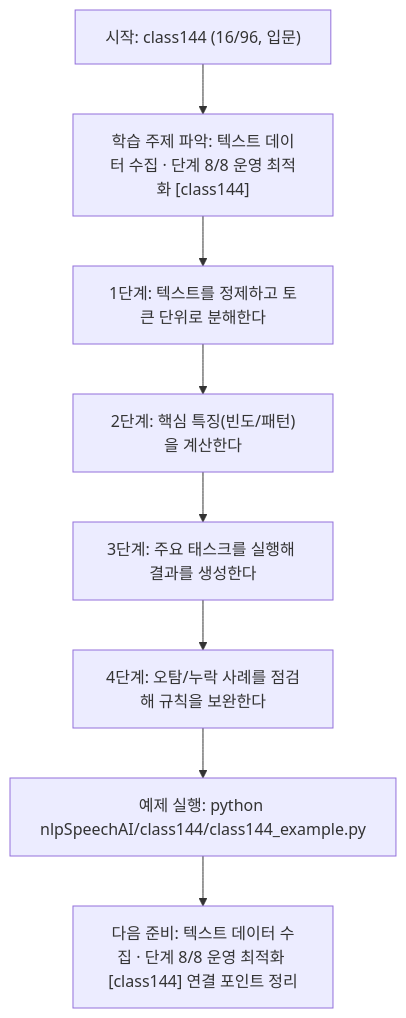
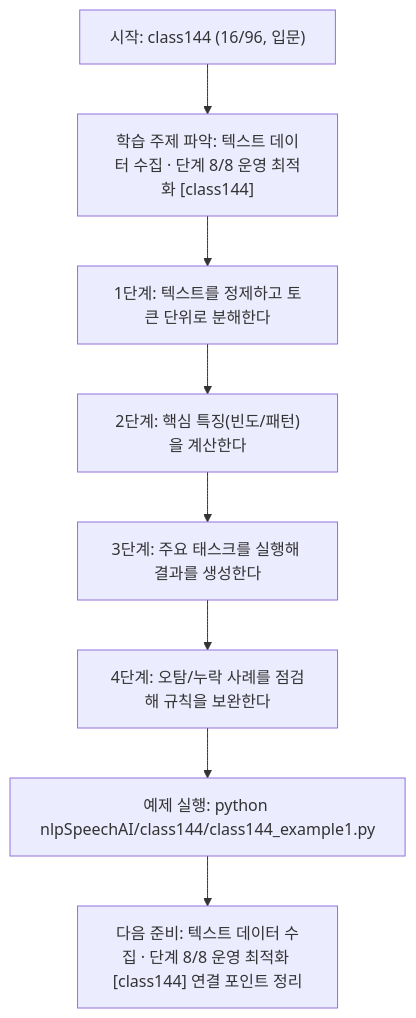
One commit to edumgt/Python-AI_Agent-Class changed the diagram in nlpSpeechAI/class144/class144.md. Above: the diagram before and after it, drawn with Mermaid. The commit also changed other lines of this file and 2959 other files, not shown here.

````diff
--- a/nlpSpeechAI/class144/class144.md
+++ b/nlpSpeechAI/class144/class144.md
@@ -114,18 +114,18 @@
 ```mermaid
 flowchart TD
 N1["시작: class144 (16/96, 입문)"]
 N2["학습 주제 파악: 텍스트 데이터 수집 · 단계 8/8 운영 최적화 [class144]"]
 N3["1단계: 텍스트를 정제하고 토큰 단위로 분해한다"]
 N4["2단계: 핵심 특징(빈도/패턴)을 계산한다"]
 N5["3단계: 주요 태스크를 실행해 결과를 생성한다"]
 N6["4단계: 오탐/누락 사례를 점검해 규칙을 보완한다"]
-N7["예제 실행: python nlpSpeechAI/class144/class144_example.py"]
+N7["예제 실행: python nlpSpeechAI/class144/class144_example1.py"]
 N8["다음 준비: 텍스트 데이터 수집 · 단계 8/8 운영 최적화 [class144] 연결 포인트 정리"]
 N1 --> N2
 N2 --> N3
 N3 --> N4
 N4 --> N5
 N5 --> N6
 N6 --> N7
 N7 --> N8
 ```
````
